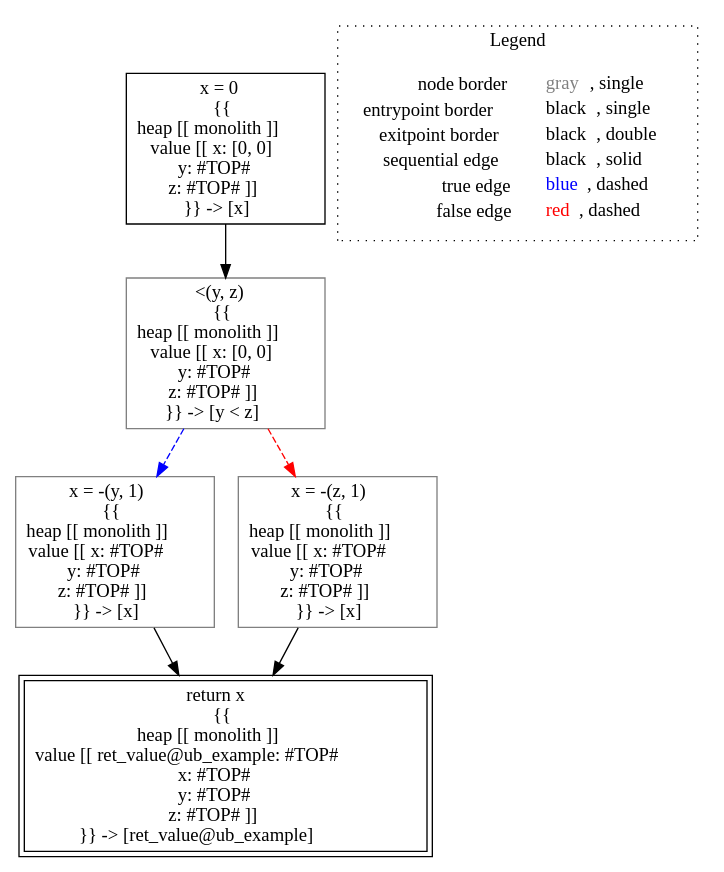
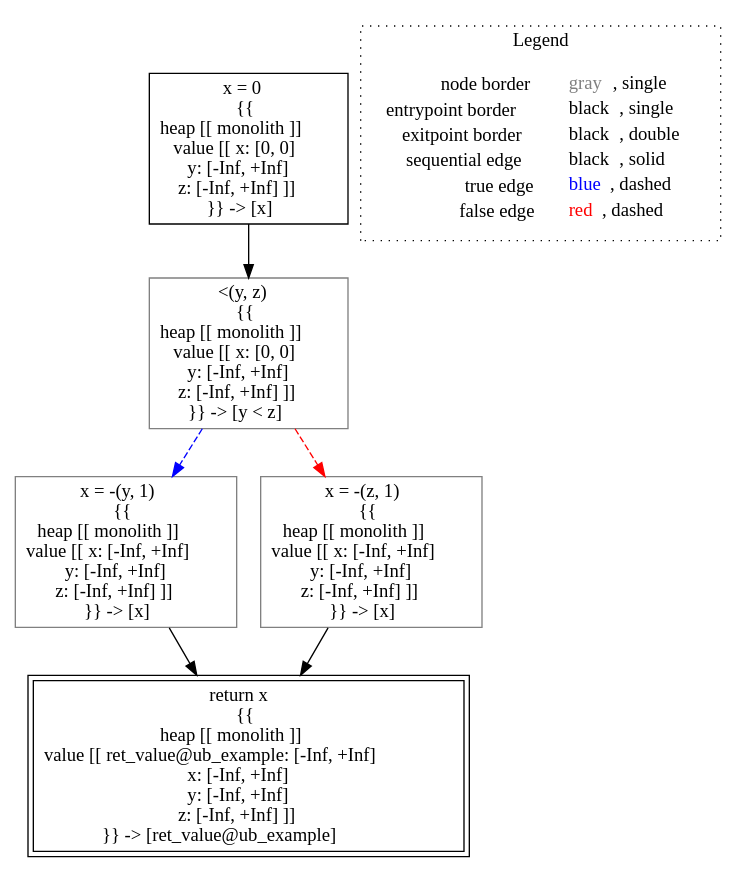
The diagram in lisa/imp-testcases/interval/analysis___untyped_tutorial.ub_example(tutorial_this,_untyped_y,_untyped_z).dot (lisa-analyzer/lisa), drawn with Graphviz before and after one commit. The commit also changed 17 other files, not shown here.

```diff
--- a/lisa/imp-testcases/interval/analysis___untyped_tutorial.ub_example(tutorial_this,_untyped_y,_untyped_z).dot
+++ b/lisa/imp-testcases/interval/analysis___untyped_tutorial.ub_example(tutorial_this,_untyped_y,_untyped_z).dot
@@ -1,19 +1,19 @@
 digraph {
-	"node0" [shape="rect",color="black",label=<x = 0<BR/>{{<BR/>heap [[ monolith ]]<BR/>value [[ x: [0, 0]<BR/>y: #TOP#<BR/>z: #TOP# ]]<BR/>}} -&gt; [x]>];
-	"node1" [shape="rect",color="black",peripheries="2",label=<return x<BR/>{{<BR/>heap [[ monolith ]]<BR/>value [[ ret_value@ub_example: #TOP#<BR/>x: #TOP#<BR/>y: #TOP#<BR/>z: #TOP# ]]<BR/>}} -&gt; [ret_value@ub_example]>];
-	"node2" [shape="rect",color="gray",label=<x = -(y, 1)<BR/>{{<BR/>heap [[ monolith ]]<BR/>value [[ x: #TOP#<BR/>y: #TOP#<BR/>z: #TOP# ]]<BR/>}} -&gt; [x]>];
-	"node3" [shape="rect",color="gray",label=<x = -(z, 1)<BR/>{{<BR/>heap [[ monolith ]]<BR/>value [[ x: #TOP#<BR/>y: #TOP#<BR/>z: #TOP# ]]<BR/>}} -&gt; [x]>];
-	"node4" [shape="rect",color="gray",label=<&lt;(y, z)<BR/>{{<BR/>heap [[ monolith ]]<BR/>value [[ x: [0, 0]<BR/>y: #TOP#<BR/>z: #TOP# ]]<BR/>}} -&gt; [y &lt; z]>];
-	"node2" -> "node1" [color="black"];
-	"node3" -> "node1" [color="black"];
-	"node4" -> "node2" [color="blue",style="dashed"];
-	"node4" -> "node3" [color="red",style="dashed"];
-	"node0" -> "node4" [color="black"];
+	"node0" [shape="rect",color="black",label=<x = 0<BR/>{{<BR/>heap [[ monolith ]]<BR/>value [[ x: [0, 0]<BR/>y: [-Inf, +Inf]<BR/>z: [-Inf, +Inf] ]]<BR/>}} -&gt; [x]>];
+	"node1" [shape="rect",color="gray",label=<&lt;(y, z)<BR/>{{<BR/>heap [[ monolith ]]<BR/>value [[ x: [0, 0]<BR/>y: [-Inf, +Inf]<BR/>z: [-Inf, +Inf] ]]<BR/>}} -&gt; [y &lt; z]>];
+	"node2" [shape="rect",color="gray",label=<x = -(y, 1)<BR/>{{<BR/>heap [[ monolith ]]<BR/>value [[ x: [-Inf, +Inf]<BR/>y: [-Inf, +Inf]<BR/>z: [-Inf, +Inf] ]]<BR/>}} -&gt; [x]>];
+	"node3" [shape="rect",color="gray",label=<x = -(z, 1)<BR/>{{<BR/>heap [[ monolith ]]<BR/>value [[ x: [-Inf, +Inf]<BR/>y: [-Inf, +Inf]<BR/>z: [-Inf, +Inf] ]]<BR/>}} -&gt; [x]>];
+	"node4" [shape="rect",color="black",peripheries="2",label=<return x<BR/>{{<BR/>heap [[ monolith ]]<BR/>value [[ ret_value@ub_example: [-Inf, +Inf]<BR/>x: [-Inf, +Inf]<BR/>y: [-Inf, +Inf]<BR/>z: [-Inf, +Inf] ]]<BR/>}} -&gt; [ret_value@ub_example]>];
+	"node1" -> "node2" [color="blue",style="dashed"];
+	"node1" -> "node3" [color="red",style="dashed"];
+	"node2" -> "node4" [color="black"];
+	"node3" -> "node4" [color="black"];
+	"node0" -> "node1" [color="black"];
 subgraph cluster_legend {
 	label="Legend";
 	style=dotted;
 	node [shape=plaintext];
 	"legend" [label=<<table border="0" cellpadding="2" cellspacing="0" cellborder="0"><tr><td align="right">node border&nbsp;</td><td align="left"><font color="gray">gray</font>, single</td></tr><tr><td align="right">entrypoint border&nbsp;</td><td align="left"><font color="black">black</font>, single</td></tr><tr><td align="right">exitpoint border&nbsp;</td><td align="left"><font color="black">black</font>, double</td></tr><tr><td align="right">sequential edge&nbsp;</td><td align="left"><font color="black">black</font>, solid</td></tr><tr><td align="right">true edge&nbsp;</td><td align="left"><font color="blue">blue</font>, dashed</td></tr><tr><td align="right">false edge&nbsp;</td><td align="left"><font color="red">red</font>, dashed</td></tr></table>>];
 }
 
 }
```
